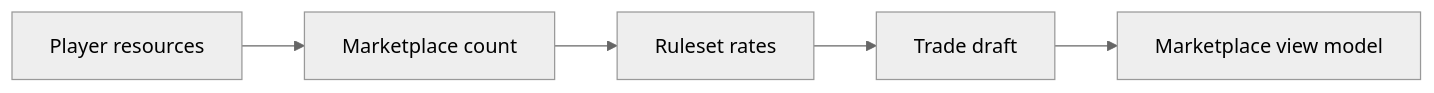
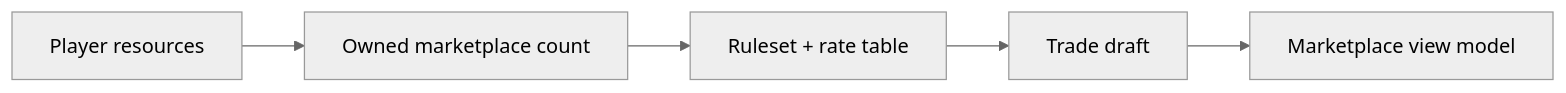
Before and after one commit to SunaNoOshiro/Heroes_Reforged_AI_Realms: the second of 5 diagrams in docs/architecture/wiki/screens/26-marketplace/architecture.md, drawn with Mermaid (neutral theme). The commit also changed other lines of this file and 518 other files, not shown here.

First line of the commit message:
Add doc-audit skill and sweep architecture/screen docs

````diff
--- a/docs/architecture/wiki/screens/26-marketplace/architecture.md
+++ b/docs/architecture/wiki/screens/26-marketplace/architecture.md
@@ -34,8 +37,8 @@
 ```mermaid
 flowchart LR
   L0["Player resources"] --> L1
-  L1["Marketplace count"] --> L2
-  L2["Ruleset rates"] --> L3
+  L1["Owned marketplace count"] --> L2
+  L2["Ruleset + rate table"] --> L3
   L3["Trade draft"] --> L4
   L4["Marketplace view model"]
 ```
````
